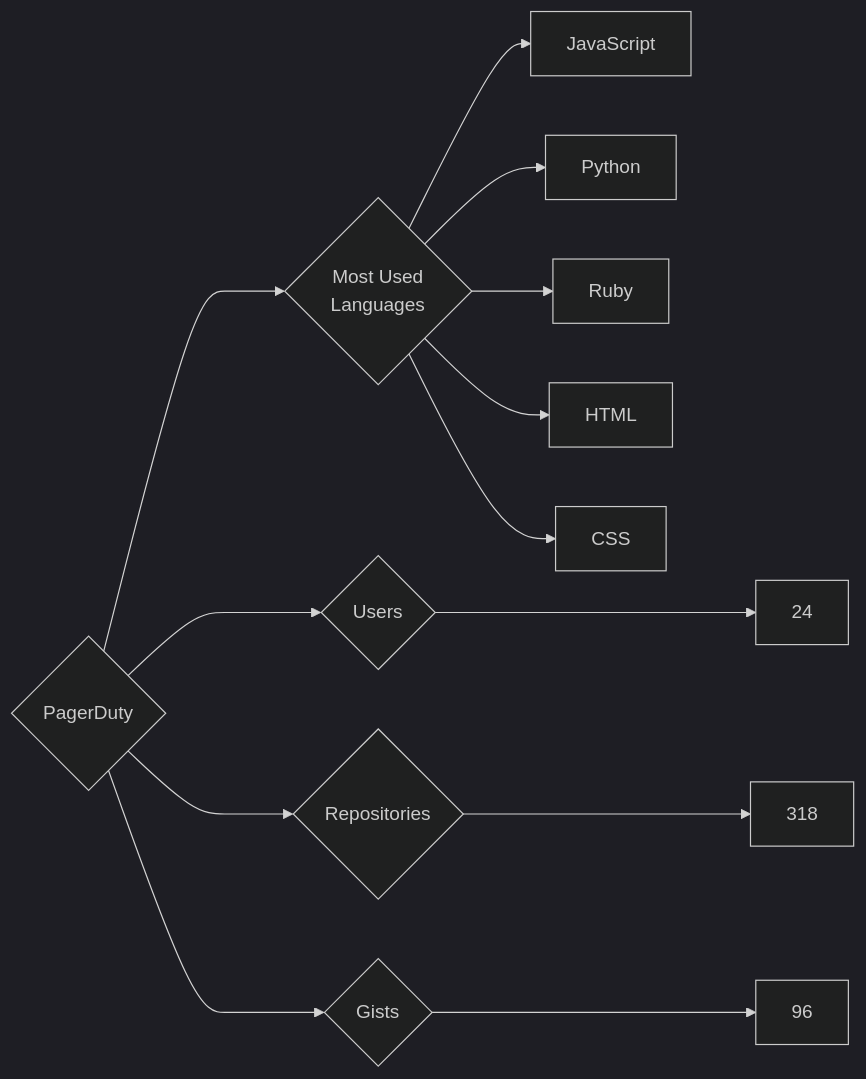
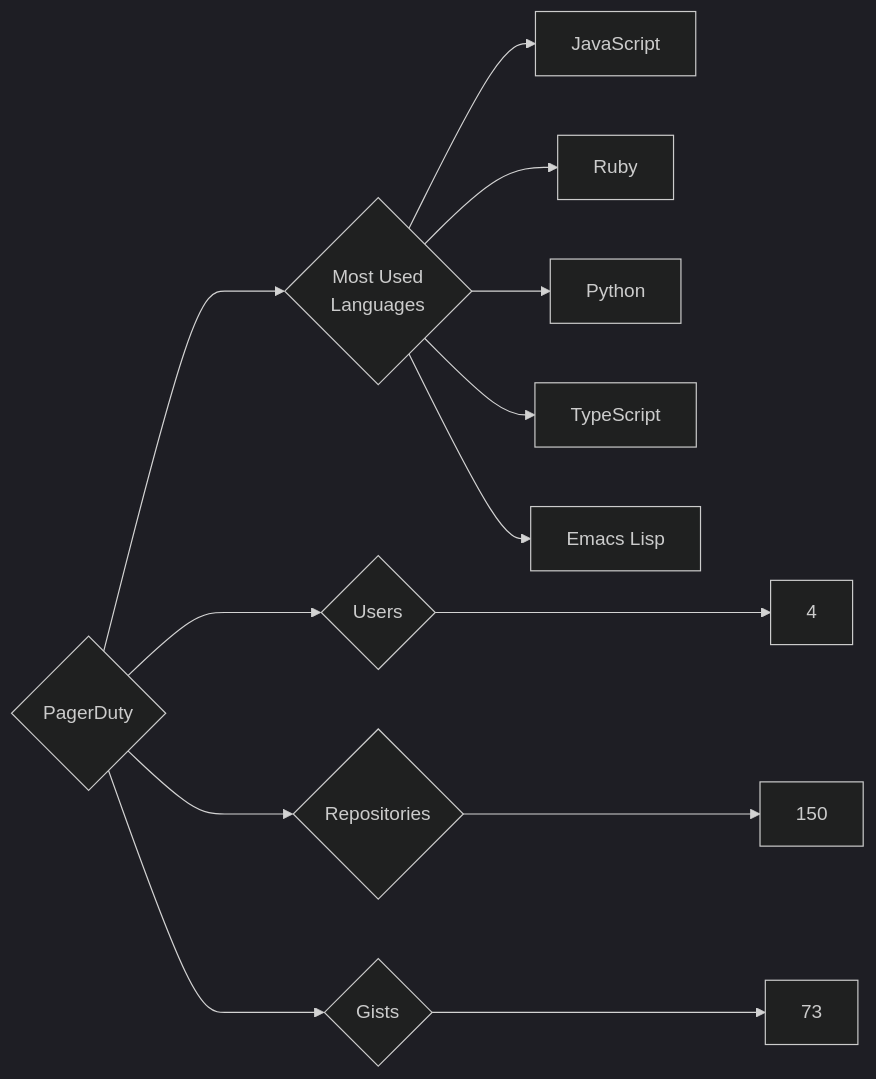
One commit to trickest/insiders changed the diagram in targets/PagerDuty/README.md. Above: the diagram before and after it, drawn with Mermaid (dark theme). The commit also changed 787 other files, not shown here.

````diff
--- a/targets/PagerDuty/README.md
+++ b/targets/PagerDuty/README.md
@@ -3,13 +3,13 @@
 ```mermaid
 graph LR
 COMPANY_NAME{PagerDuty}
-COMPANY_NAME ---> U{Users} ---> UN[24]
-COMPANY_NAME ---> R{Repositories} ---> RN[318]
-COMPANY_NAME ---> G{Gists} ---> GN[96]
+COMPANY_NAME ---> U{Users} ---> UN[4]
+COMPANY_NAME ---> R{Repositories} ---> RN[150]
+COMPANY_NAME ---> G{Gists} ---> GN[73]
 COMPANY_NAME ---> ML{Most Used<br>Languages}
 ML --> JavaScript[JavaScript]
+ML --> Ruby[Ruby]
 ML --> Python[Python]
-ML --> Ruby[Ruby]
-ML --> HTML[HTML]
-ML --> CSS[CSS]
+ML --> TypeScript[TypeScript]
+ML --> Emacs_Lisp[Emacs Lisp]
 ```
````
